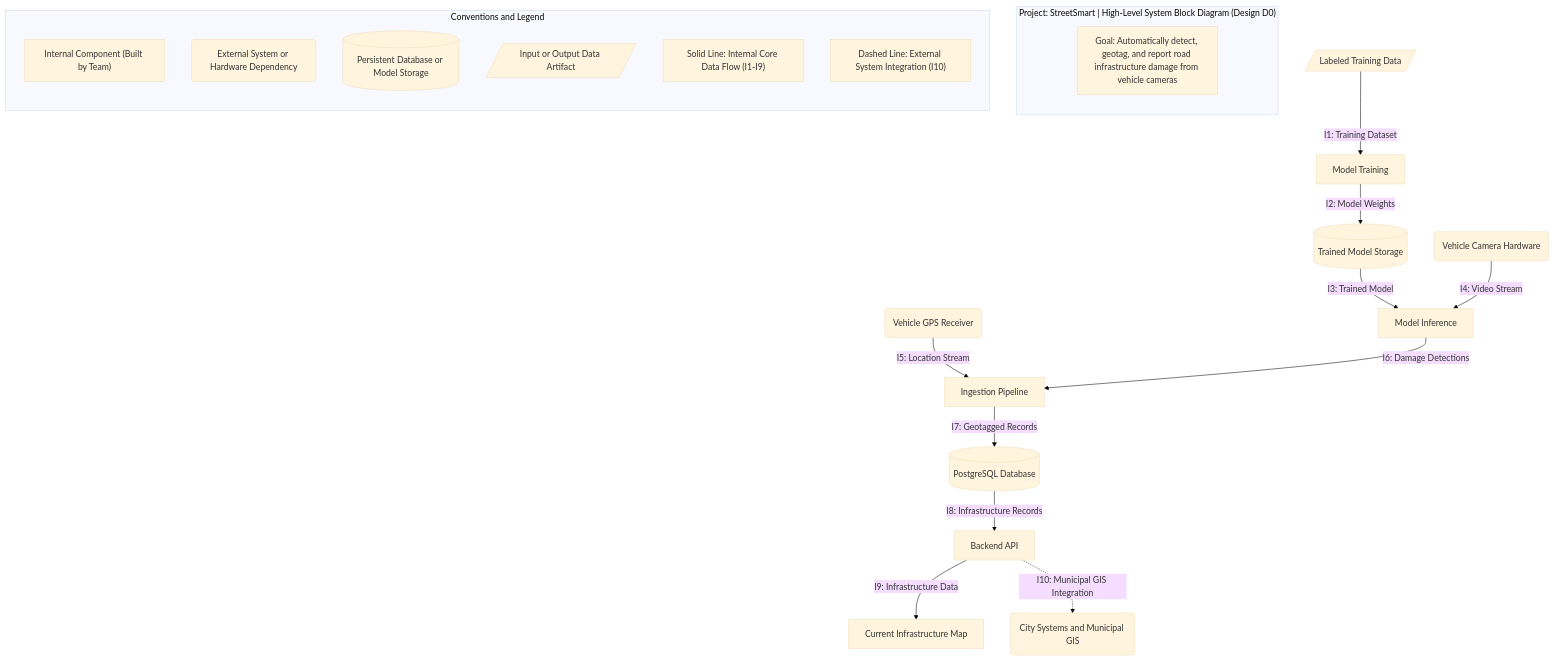
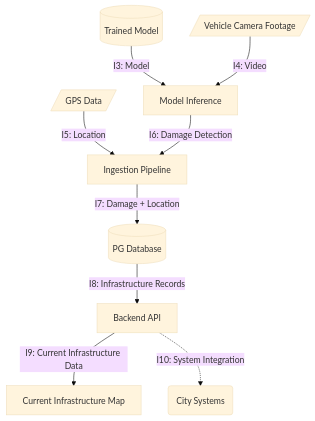
Before and after one commit to Advaitvag/StreetSmart-models: the second of 4 diagrams in SeniorDesign/Design_Diagrams/D0_High_Level_Design.md, drawn with Mermaid (base theme). The commit also changed other lines of this file and 1 other file, not shown here.

Commit message:
diagram improvements

````diff
--- a/SeniorDesign/Design_Diagrams/D0_High_Level_Design.md
+++ b/SeniorDesign/Design_Diagrams/D0_High_Level_Design.md
@@ -45,48 +55,54 @@
 ```mermaid
 flowchart TD
 
-    subgraph TITLE_BOX ["Project: StreetSmart | High-Level System Block Diagram (Design D0)"]
-        direction TB
-        T1["Goal: Automatically detect, geotag, and report road infrastructure damage from vehicle cameras"]
-    end
+    %% =========================
+    %% RUNTIME INPUTS
+    %% =========================
 
-    subgraph LEGEND ["Conventions and Legend"]
-        direction TB
-        L_INT["Internal Component (Built by Team)"]
-        L_EXT("External System or Hardware Dependency")
-        L_DB[("Persistent Database or Model Storage")]
-        L_DATA[/Input or Output Data Artifact/]
-        L_SOLID["Solid Line: Internal Core Data Flow (I1-I9)"]
-        L_DASH["Dashed Line: External System Integration (I10)"]
-    end
+    VIDEO[/Vehicle Camera Footage/]
+    GPS[/GPS Data/]
 
-    %% External Systems and Hardware
-    TRAIN_DATA[/Labeled Training Data/]
-    CAM("Vehicle Camera Hardware")
-    GPS("Vehicle GPS Receiver")
-    CITY("City Systems and Municipal GIS")
+    %% =========================
+    %% STREETSMART COMPONENTS
+    %% =========================
 
-    %% Internal Components
-    TRAIN["Model Training"]
-    MODEL[("Trained Model Storage")]
-    INFER["Model Inference"]
-    INGEST["Ingestion Pipeline"]
-    DB[("PostgreSQL Database")]
+    MODEL[("Trained Model")]
+
+    INFERENCE["Model Inference"]
+
+    INGESTION["Ingestion Pipeline"]
+
+    DATABASE[("PG Database")]
+
     API["Backend API"]
+
     MAP["Current Infrastructure Map"]
 
-    %% Connections with Interface IDs
-    TRAIN_DATA -->|I1: Training Dataset| TRAIN
-    TRAIN -->|I2: Model Weights| MODEL
-    MODEL -->|I3: Trained Model| INFER
+    %% =========================
+    %% EXTERNAL SYSTEM
+    %% =========================
 
-    CAM -->|I4: Video Stream| INFER
-    GPS -->|I5: Location Stream| INGEST
+    CITY("City Systems")
 
-    INFER -->|I6: Damage Detections| INGEST
-    INGEST -->|I7: Geotagged Records| DB
-    DB -->|I8: Infrastructure Records| API
+    %% =========================
+    %% TRAINING FLOW
+    %% =========================
 
-    API -->|I9: Infrastructure Data| MAP
-    API -.->|I10: Municipal GIS Integration| CITY
+    MODEL -->|I3: Model| INFERENCE
+
+    %% =========================
+    %% RUNTIME FLOW
+    %% =========================
+
+    VIDEO -->|I4: Video| INFERENCE
+    GPS -->|I5: Location| INGESTION
+
+    INFERENCE -->|I6: Damage Detection| INGESTION
+    INGESTION -->|I7: Damage + Location| DATABASE
+
+    DATABASE -->|I8: Infrastructure Records| API
+
+    API -->|I9: Current Infrastructure Data| MAP
+
+    API -.->|I10: System Integration| CITY
 ```
````
